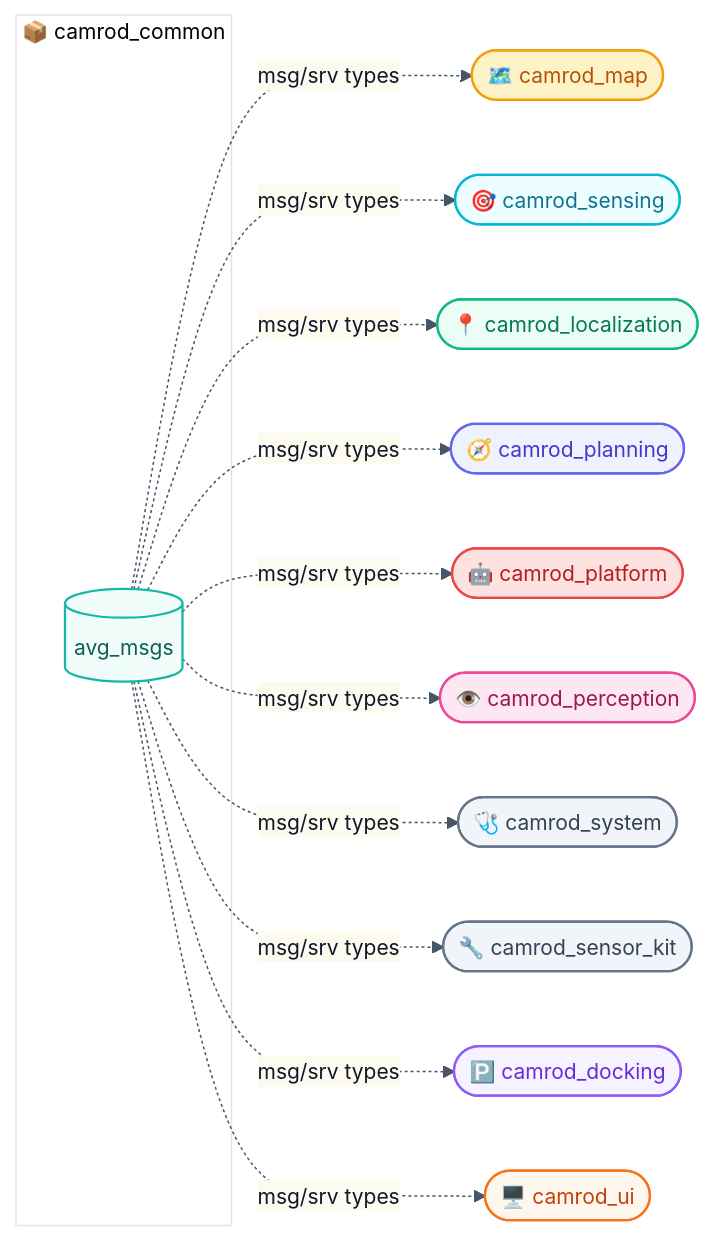
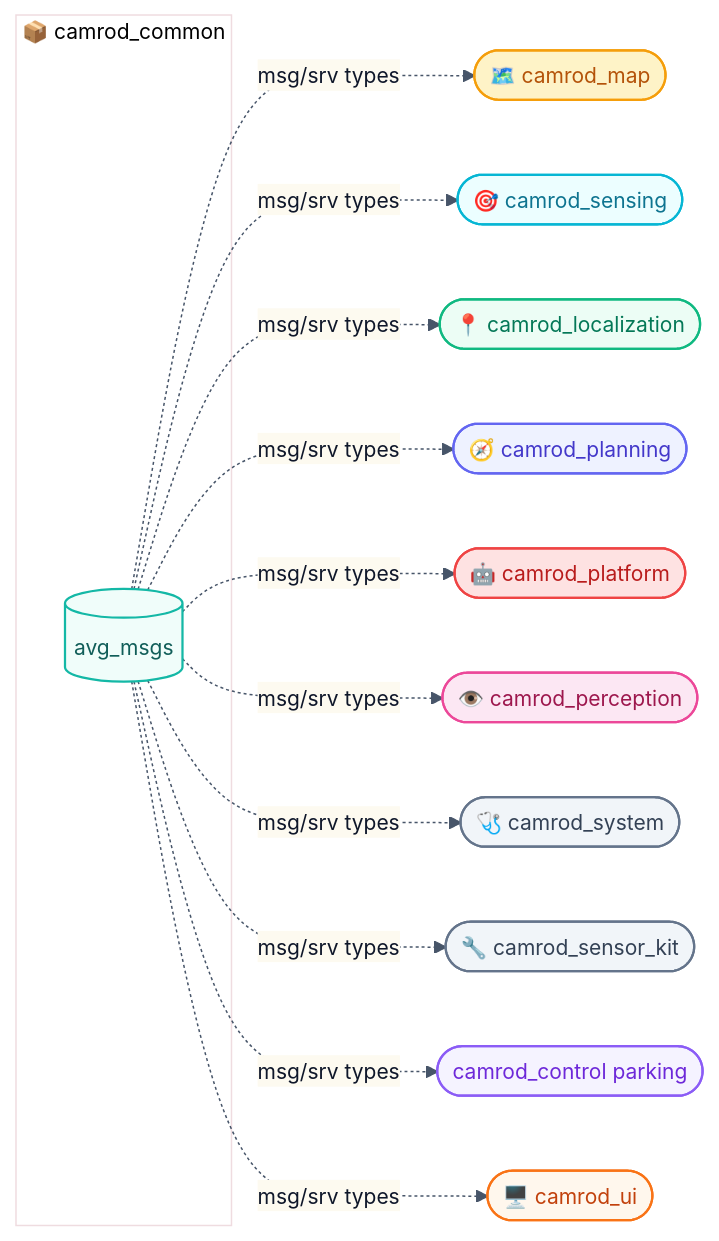
The diagram in camrod_common/README.md (hwanhonglee/CAMROD), drawn with Mermaid before and after one commit. The commit also changed other lines of this file and 84 other files, not shown here.

````diff
--- a/camrod_common/README.md
+++ b/camrod_common/README.md
@@ -22,29 +22,29 @@
 ```mermaid
 %%{init: {'theme': 'base', 'themeVariables': {'fontFamily': 'ui-sans-serif, system-ui, sans-serif', 'fontSize': '14px', 'primaryColor': '#F0FDFA', 'primaryTextColor': '#0F172A', 'primaryBorderColor': '#14B8A6', 'lineColor': '#475569'}, 'flowchart': {'curve': 'basis', 'htmlLabels': true, 'padding': 12}}}%%
 graph LR
   classDef sensing      fill:#ECFEFF,stroke:#06B6D4,stroke-width:1.5px,color:#0E7490;
   classDef localization fill:#ECFDF5,stroke:#10B981,stroke-width:1.5px,color:#047857;
   classDef mapping      fill:#FEF3C7,stroke:#F59E0B,stroke-width:1.5px,color:#B45309;
   classDef perception   fill:#FCE7F3,stroke:#EC4899,stroke-width:1.5px,color:#9D174D;
   classDef planning     fill:#EEF2FF,stroke:#6366F1,stroke-width:1.5px,color:#4338CA;
   classDef platform     fill:#FEE2E2,stroke:#EF4444,stroke-width:1.5px,color:#B91C1C;
-  classDef docking      fill:#F5F3FF,stroke:#8B5CF6,stroke-width:1.5px,color:#6D28D9;
+  classDef parking      fill:#F5F3FF,stroke:#8B5CF6,stroke-width:1.5px,color:#6D28D9;
   classDef system       fill:#F1F5F9,stroke:#64748B,stroke-width:1.5px,color:#334155;
   classDef ui           fill:#FFF7ED,stroke:#F97316,stroke-width:1.5px,color:#C2410C;
   classDef iface        fill:#F0FDFA,stroke:#14B8A6,stroke-width:1.5px,color:#115E59;
 
   subgraph COMMON["📦 camrod_common"]
     AVG[(avg_msgs)]:::iface
   end
 
   AVG -. msg/srv types .-> MAP([🗺️ camrod_map]):::mapping
   AVG -. msg/srv types .-> SENS([🎯 camrod_sensing]):::sensing
   AVG -. msg/srv types .-> LOC([📍 camrod_localization]):::localization
   AVG -. msg/srv types .-> PLAN([🧭 camrod_planning]):::planning
   AVG -. msg/srv types .-> PLAT([🤖 camrod_platform]):::platform
   AVG -. msg/srv types .-> PER([👁️ camrod_perception]):::perception
   AVG -. msg/srv types .-> SYS([🩺 camrod_system]):::system
   AVG -. msg/srv types .-> SKIT([🔧 camrod_sensor_kit]):::system
-  AVG -. msg/srv types .-> DOCK([🅿️ camrod_docking]):::docking
+  AVG -. msg/srv types .-> PARK([camrod_control parking]):::parking
   AVG -. msg/srv types .-> UI([🖥️ camrod_ui]):::ui
 ```
````
